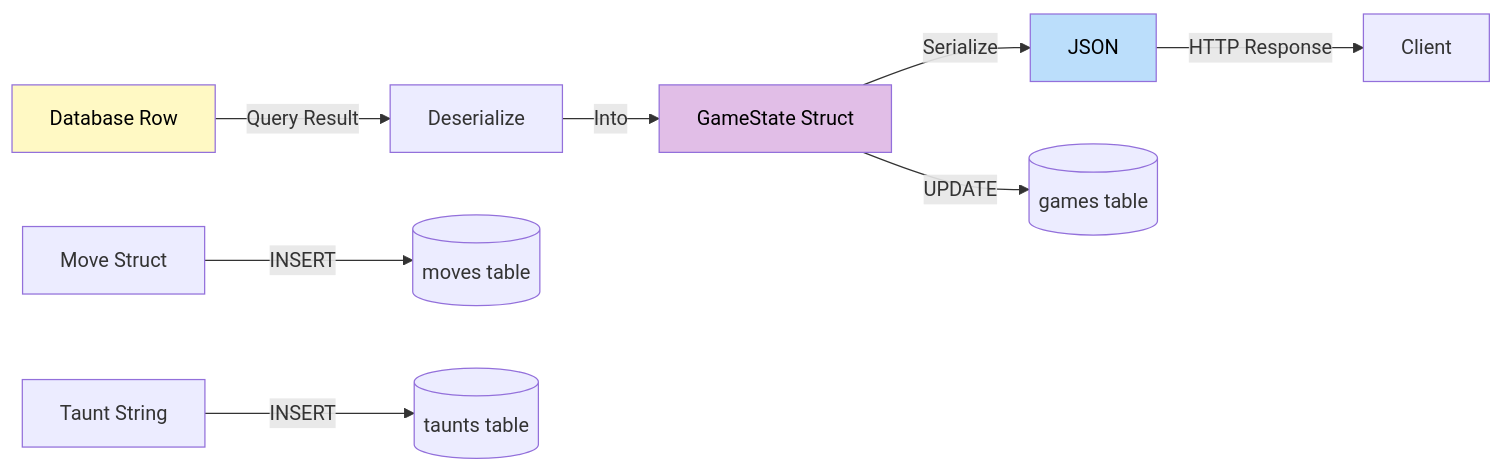
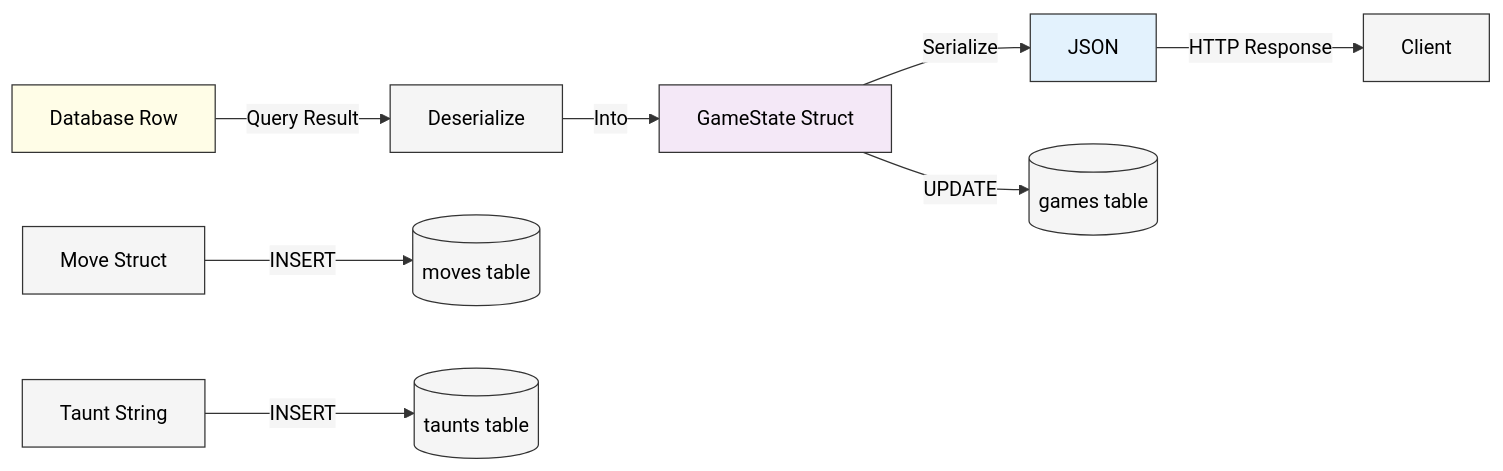
Diagram 12 of 16 in wiki/Data-Flow.md (sw-game-dev/game-mcp-poc), drawn with Mermaid before and after one commit. The commit also changed other lines of this file and 6 other files, not shown here.

First line of the commit message:
fix: Improve mermaid diagram contrast with theme and lighter colors

````diff
--- a/wiki/Data-Flow.md
+++ b/wiki/Data-Flow.md
@@ -445,17 +456,18 @@
 ```mermaid
+%%{init: {'theme':'base', 'themeVariables': {'primaryColor':'#f5f5f5','primaryTextColor':'#000','primaryBorderColor':'#333','lineColor':'#333','secondaryColor':'#f5f5f5','tertiaryColor':'#f5f5f5'}}}%%
 graph LR
     A[GameState Struct] -->|Serialize| B[JSON]
     B -->|HTTP Response| C[Client]
 
     D[Database Row] -->|Query Result| E[Deserialize]
     E -->|Into| A
 
     F[Move Struct] -->|INSERT| G[(moves table)]
     H[Taunt String] -->|INSERT| I[(taunts table)]
 
     A -->|UPDATE| J[(games table)]
 
-    style A fill:#e1bee7,color:#000
-    style B fill:#bbdefb,color:#000
-    style D fill:#fff9c4,color:#000
+    style A fill:#f4e8f7,color:#000
+    style B fill:#e3f2fd,color:#000
+    style D fill:#fffde7,color:#000
 ```
````
